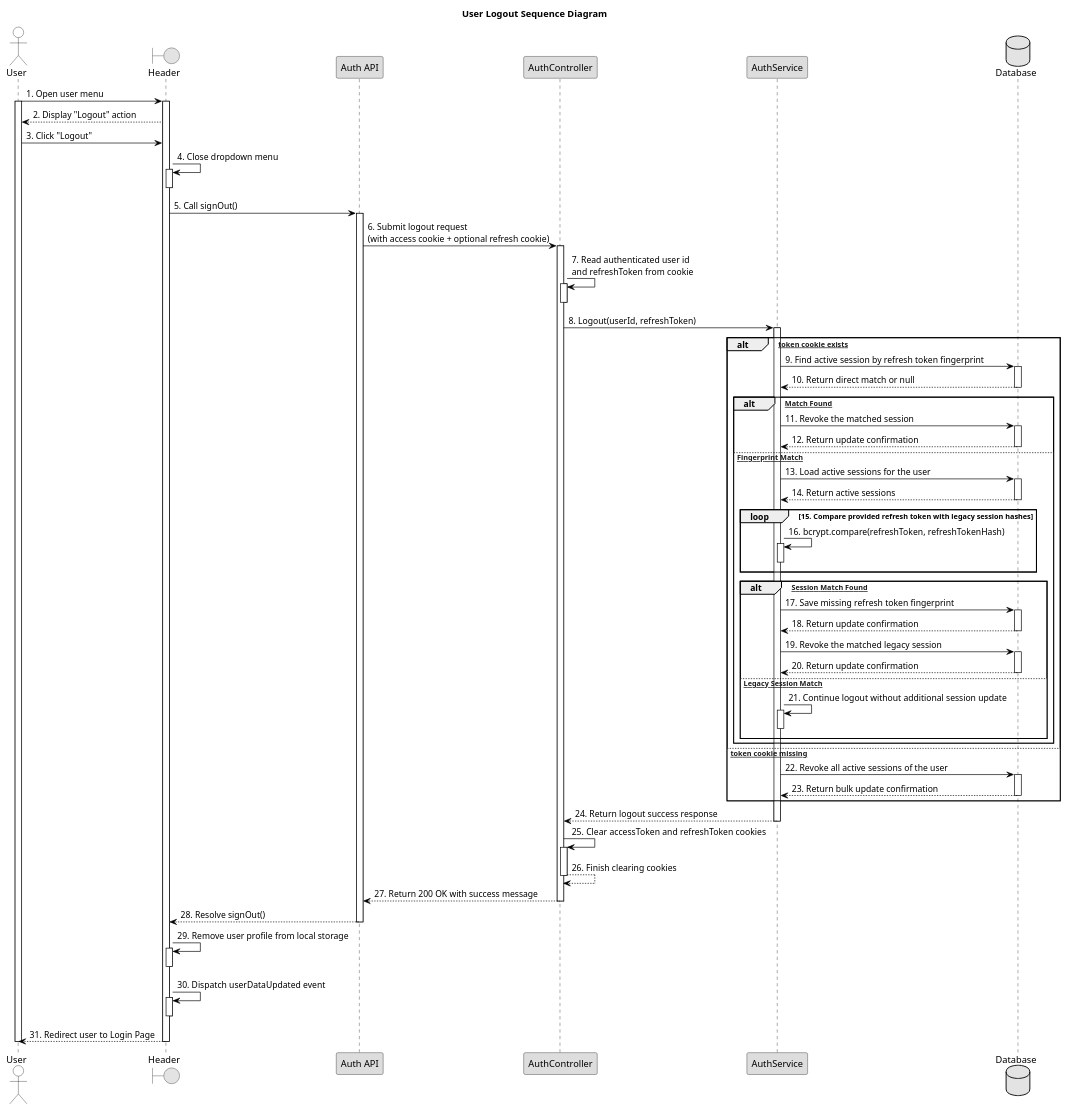
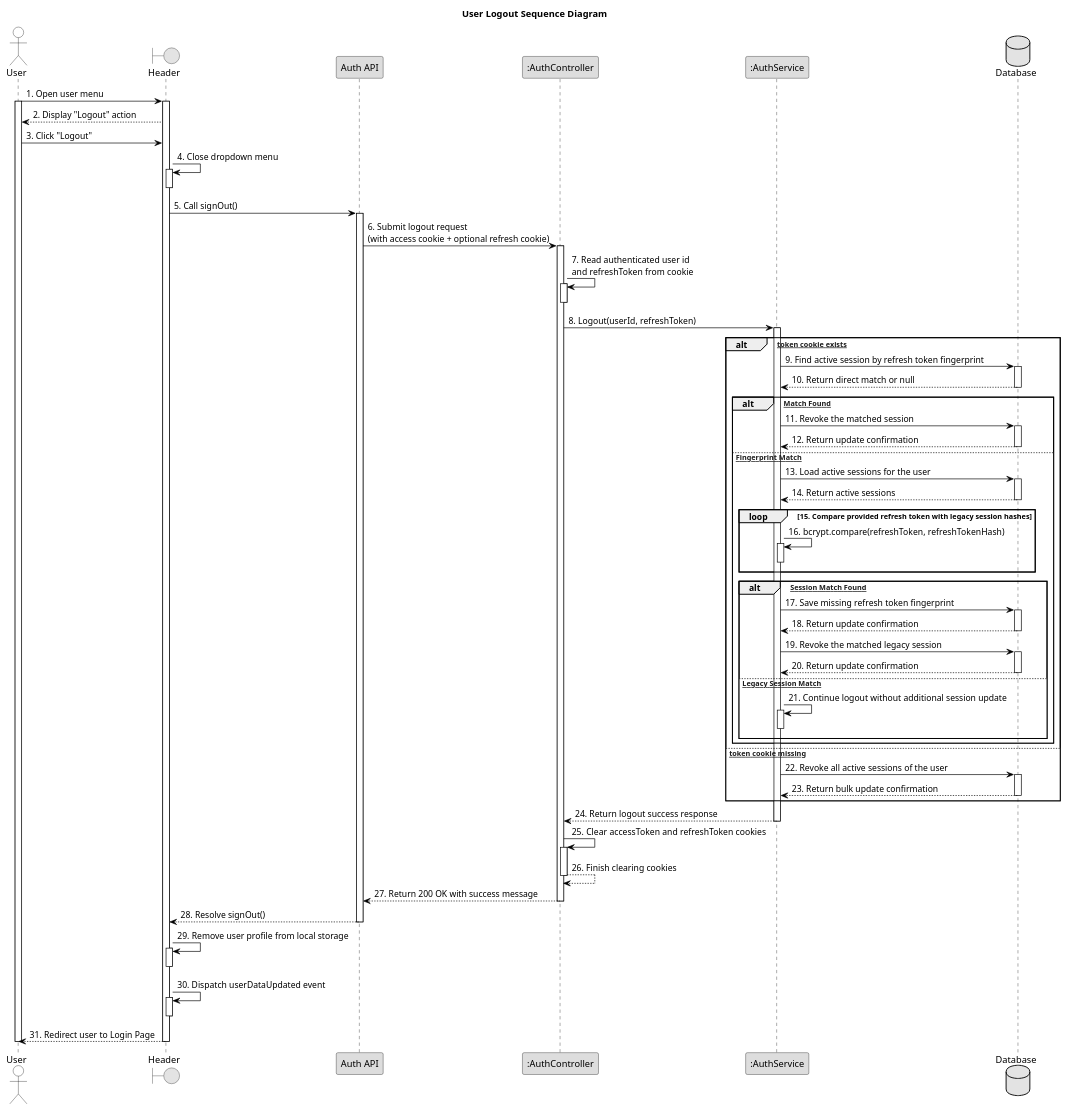
The diagram in diagram/logout_sequence_diagram.puml (bangdcce/SEP492-Project), drawn with PlantUML before and after one commit. The commit also changed 22 other files, not shown here.

```diff
--- a/diagram/logout_sequence_diagram.puml
+++ b/diagram/logout_sequence_diagram.puml
@@ -1,131 +1,131 @@
 @startuml Logout_Sequence_Diagram
 
 skinparam monochrome true
 skinparam defaultFontColor Black
 skinparam shadowing false
 
 skinparam sequence {
     ArrowColor Black
     LifeLineBorderColor Black
     LifeLineBackgroundColor White
 
     ParticipantBorderColor Black
     ParticipantBackgroundColor #DDDDDD
     ParticipantFontColor Black
 
     ActorBorderColor Black
     ActorBackgroundColor White
     ActorFontColor Black
 
     GroupHeaderFontColor Black
     GroupHeaderBackgroundColor White
     GroupBodyBackgroundColor White
     GroupBorderColor Black
 }
 
 title User Logout Sequence Diagram
 
 actor "User" as Actor
 boundary "Header" as Page
 participant "Auth API" as Api
-participant "AuthController" as Controller
-participant "AuthService" as Service
+participant ":AuthController" as Controller
+participant ":AuthService" as Service
 database "Database" as DB
 
 Actor -> Page : 1. Open user menu
 activate Actor
 activate Page
 
 Page --> Actor : 2. Display "Logout" action
 
 Actor -> Page : 3. Click "Logout"
 Page -> Page : 4. Close dropdown menu
 activate Page
 deactivate Page
 
 Page -> Api : 5. Call signOut()
 activate Api
 
 Api -> Controller : 6. Submit logout request\n(with access cookie + optional refresh cookie)
 activate Controller
 
 Controller -> Controller : 7. Read authenticated user id\nand refreshToken from cookie
 activate Controller
 deactivate Controller
 
 Controller -> Service : 8. Logout(userId, refreshToken)
 activate Service
 
 alt [Refresh token cookie exists]
     Service -> DB : 9. Find active session by refresh token fingerprint
     activate DB
     DB --> Service : 10. Return direct match or null
     deactivate DB
 
     alt [Fingerprint Match Found]
         Service -> DB : 11. Revoke the matched session
         activate DB
         DB --> Service : 12. Return update confirmation
         deactivate DB
     else [No Fingerprint Match]
         Service -> DB : 13. Load active sessions for the user
         activate DB
         DB --> Service : 14. Return active sessions
         deactivate DB
 
         loop 15. Compare provided refresh token with legacy session hashes
             Service -> Service : 16. bcrypt.compare(refreshToken, refreshTokenHash)
             activate Service
             deactivate Service
         end
 
         alt [Legacy Session Match Found]
             Service -> DB : 17. Save missing refresh token fingerprint
             activate DB
             DB --> Service : 18. Return update confirmation
             deactivate DB
 
             Service -> DB : 19. Revoke the matched legacy session
             activate DB
             DB --> Service : 20. Return update confirmation
             deactivate DB
         else [No Legacy Session Match]
             Service -> Service : 21. Continue logout without additional session update
             activate Service
             deactivate Service
         end
     end
 else [Refresh token cookie missing]
     Service -> DB : 22. Revoke all active sessions of the user
     activate DB
     DB --> Service : 23. Return bulk update confirmation
     deactivate DB
 end
 
 Service --> Controller : 24. Return logout success response
 deactivate Service
 
 Controller -> Controller : 25. Clear accessToken and refreshToken cookies
 activate Controller
 Controller --> Controller : 26. Finish clearing cookies
 deactivate Controller
 
 Controller --> Api : 27. Return 200 OK with success message
 deactivate Controller
 Api --> Page : 28. Resolve signOut()
 deactivate Api
 
 Page -> Page : 29. Remove user profile from local storage
 activate Page
 deactivate Page
 
 Page -> Page : 30. Dispatch userDataUpdated event
 activate Page
 deactivate Page
 
 Page --> Actor : 31. Redirect user to Login Page
 
 deactivate Page
 deactivate Actor
 
 @enduml
```
